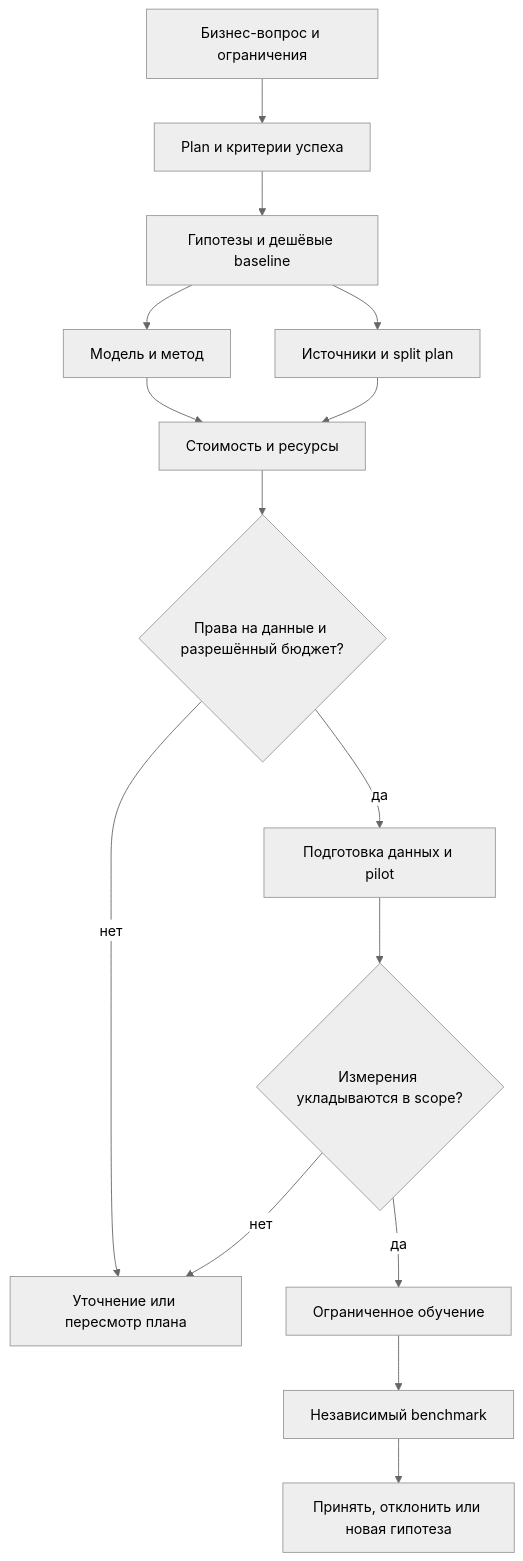
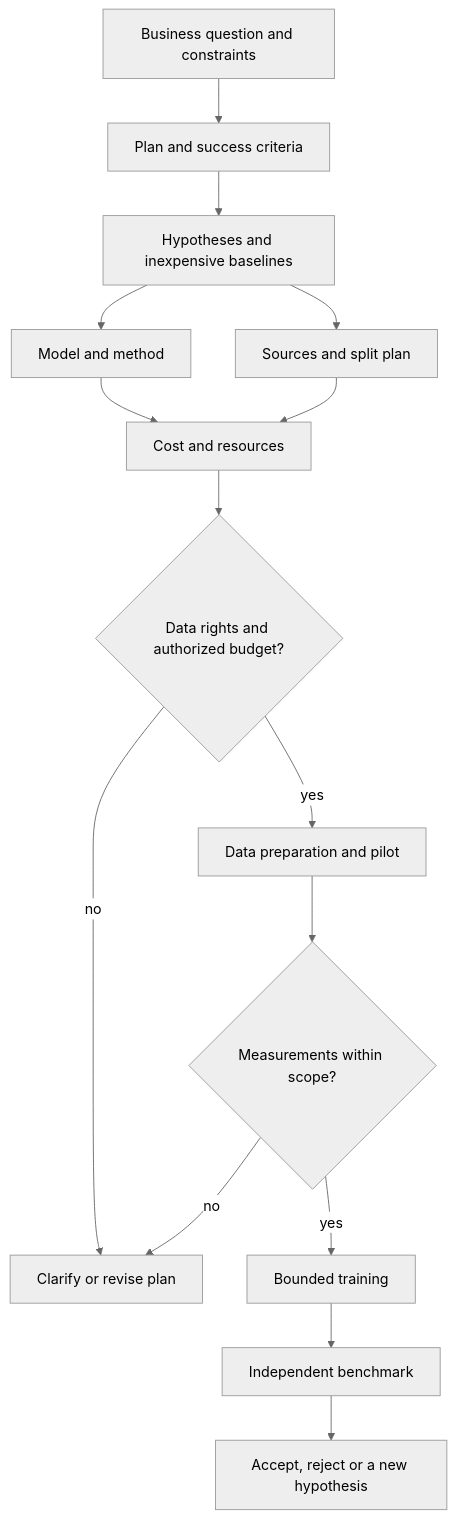
The diagram in docs/ml/README.md (zxc0zxc0zxc/palarran-framework), drawn with Mermaid (neutral theme) before and after one commit. The commit also changed other lines of this file and 783 other files, not shown here.

````diff
--- a/docs/ml/README.md
+++ b/docs/ml/README.md
@@ -17,17 +17,17 @@
 ```mermaid
 flowchart TD
-    Q[Бизнес-вопрос и ограничения] --> P[Plan и критерии успеха]
-    P --> H[Гипотезы и дешёвые baseline]
-    H --> M[Модель и метод]
-    H --> D[Источники и split plan]
-    M --> C[Стоимость и ресурсы]
+    Q[Business question and constraints] --> P[Plan and success criteria]
+    P --> H[Hypotheses and inexpensive baselines]
+    H --> M[Model and method]
+    H --> D[Sources and split plan]
+    M --> C[Cost and resources]
     D --> C
-    C --> G{Права на данные и разрешённый бюджет?}
-    G -->|нет| B[Уточнение или пересмотр плана]
-    G -->|да| T[Подготовка данных и pilot]
-    T --> R{Измерения укладываются в scope?}
-    R -->|да| F[Ограниченное обучение]
-    R -->|нет| B
-    F --> E[Независимый benchmark]
-    E --> S[Принять, отклонить или новая гипотеза]
+    C --> G{Data rights and authorized budget?}
+    G -->|no| B[Clarify or revise plan]
+    G -->|yes| T[Data preparation and pilot]
+    T --> R{Measurements within scope?}
+    R -->|yes| F[Bounded training]
+    R -->|no| B
+    F --> E[Independent benchmark]
+    E --> S[Accept, reject or a new hypothesis]
 ```
````
